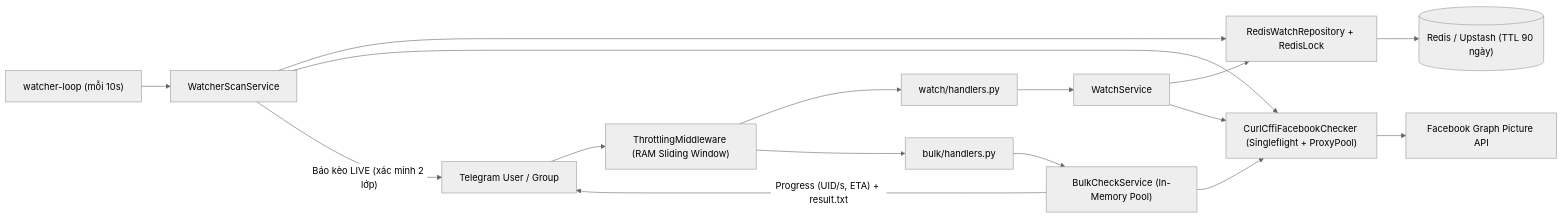
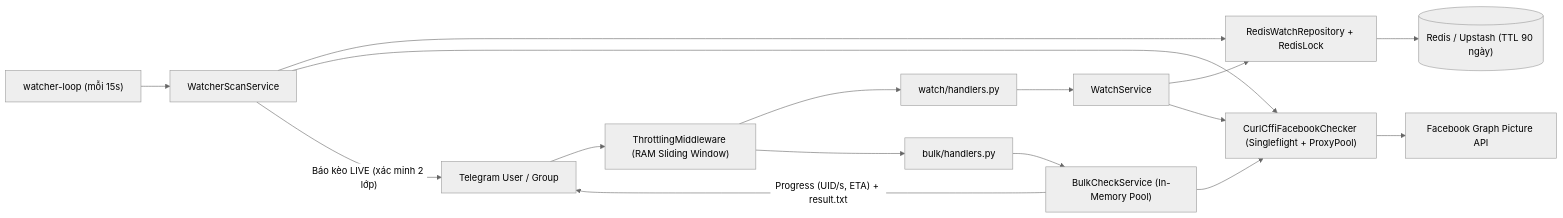
One commit to vuinguyen16003069/CheckLiveBot changed the first of 4 diagrams in README.md. Above: the diagram before and after it, drawn with Mermaid (neutral theme). The commit also changed other lines of this file and 13 other files, not shown here.

````diff
--- a/README.md
+++ b/README.md
@@ -117,22 +117,22 @@
 ```mermaid
 flowchart LR
     U["Telegram User / Group"] --> MW["ThrottlingMiddleware (RAM Sliding Window)"]
     MW --> WR["watch/handlers.py"]
     MW --> BR["bulk/handlers.py"]
 
     WR --> WS["WatchService"]
     BR --> BS["BulkCheckService (In-Memory Pool)"]
-    LOOP["watcher-loop (mỗi 10s)"] --> SCAN["WatcherScanService"]
+    LOOP["watcher-loop (mỗi 15s)"] --> SCAN["WatcherScanService"]
 
     WS --> REPO["RedisWatchRepository + RedisLock"]
     SCAN --> REPO
     REPO --> REDIS[("Redis / Upstash (TTL 90 ngày)")]
 
     WS --> CHK["CurlCffiFacebookChecker (Singleflight + ProxyPool)"]
     BS --> CHK
     SCAN --> CHK
     CHK --> FB["Facebook Graph Picture API"]
 
     SCAN -->|"Báo kèo LIVE (xác minh 2 lớp)"| U
     BS -->|"Progress (UID/s, ETA) + result.txt"| U
 ```
````
